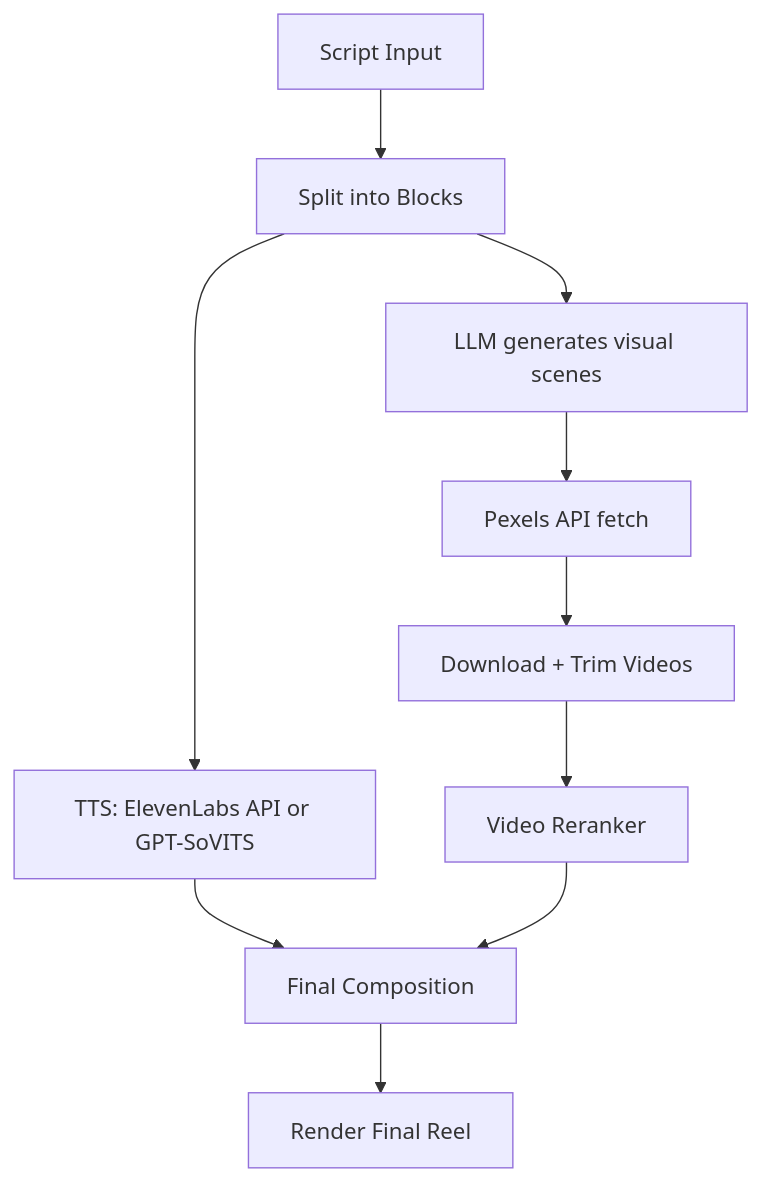
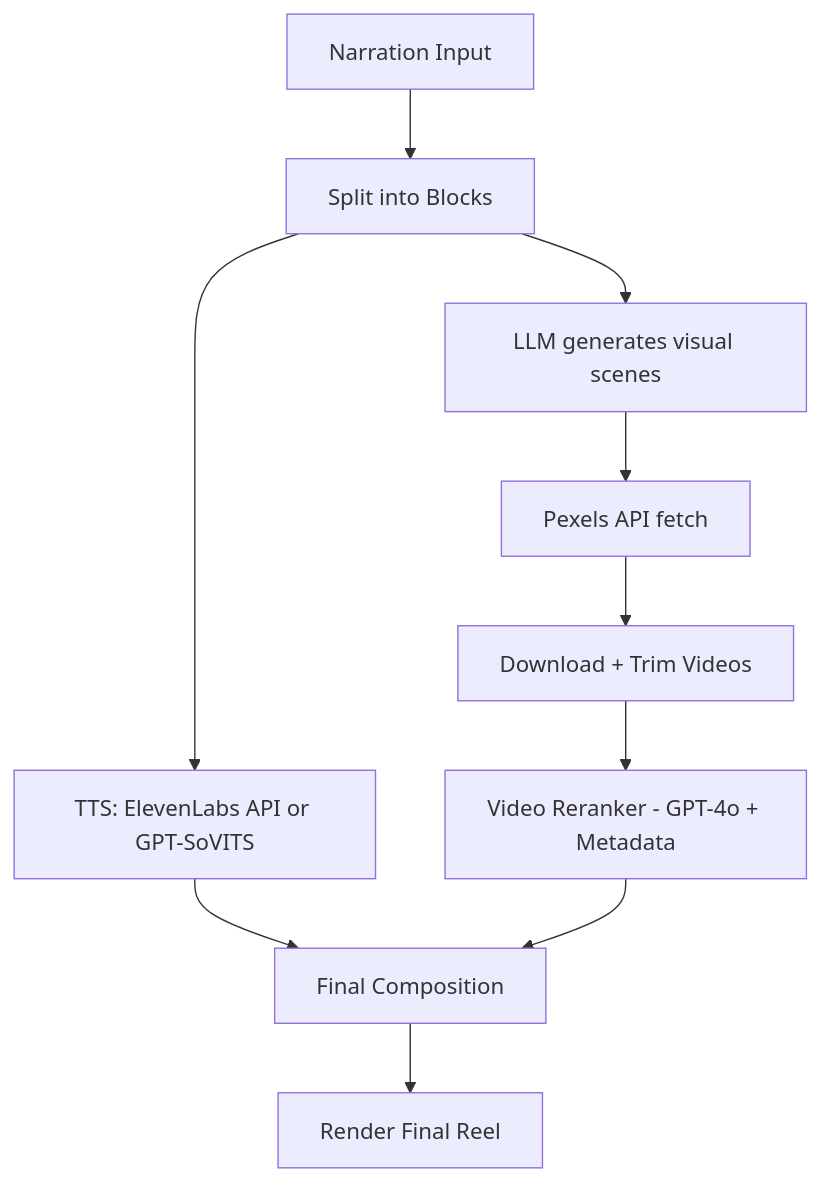
Before and after one commit to chaparalatharun/PromptedReels: the diagram in README.md, drawn with Mermaid. The commit also changed other lines of this file, not shown here.

````diff
--- a/README.md
+++ b/README.md
@@ -81,12 +79,12 @@
 ```mermaid
 graph TD
-    A[Script Input] --> B[Split into Blocks]
+    A[Narration Input] --> B[Split into Blocks]
     B --> C[TTS: ElevenLabs API or GPT-SoVITS]
     B --> D[LLM generates visual scenes]
     D --> E[Pexels API fetch]
     E --> F[Download + Trim Videos]
-    F --> G[Video Reranker]
+    F --> G[Video Reranker - GPT-4o + Metadata]
     C --> H[Final Composition]
     G --> H
     H --> I[Render Final Reel]
 ```
````
